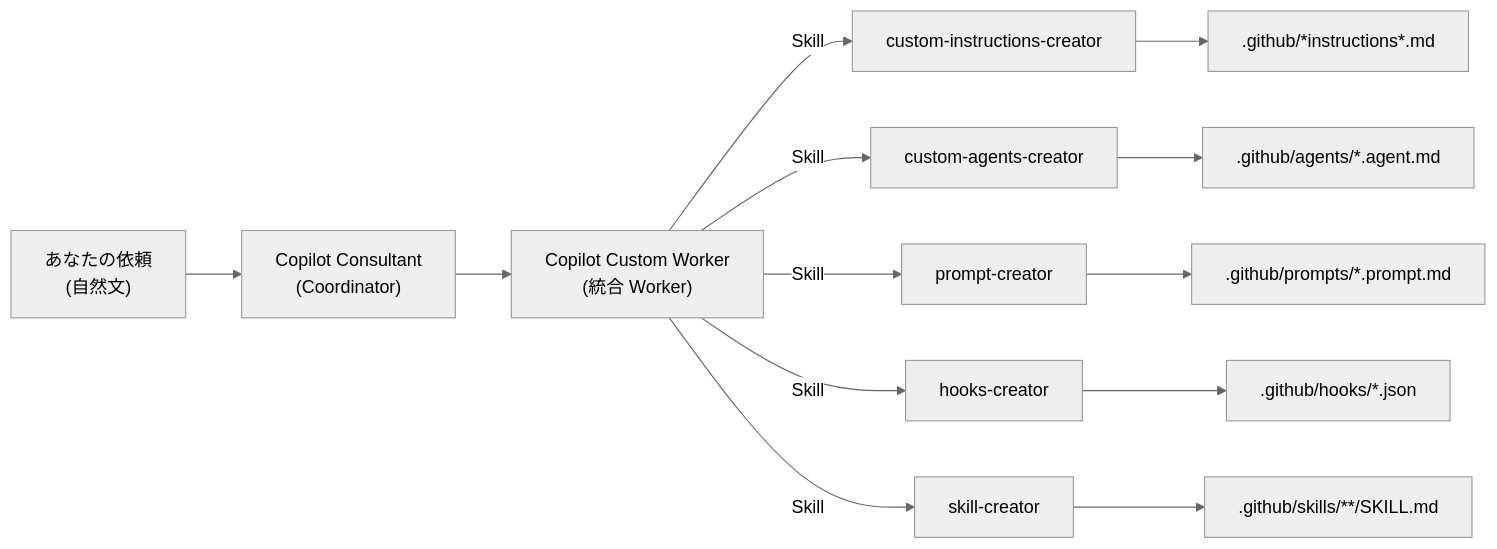
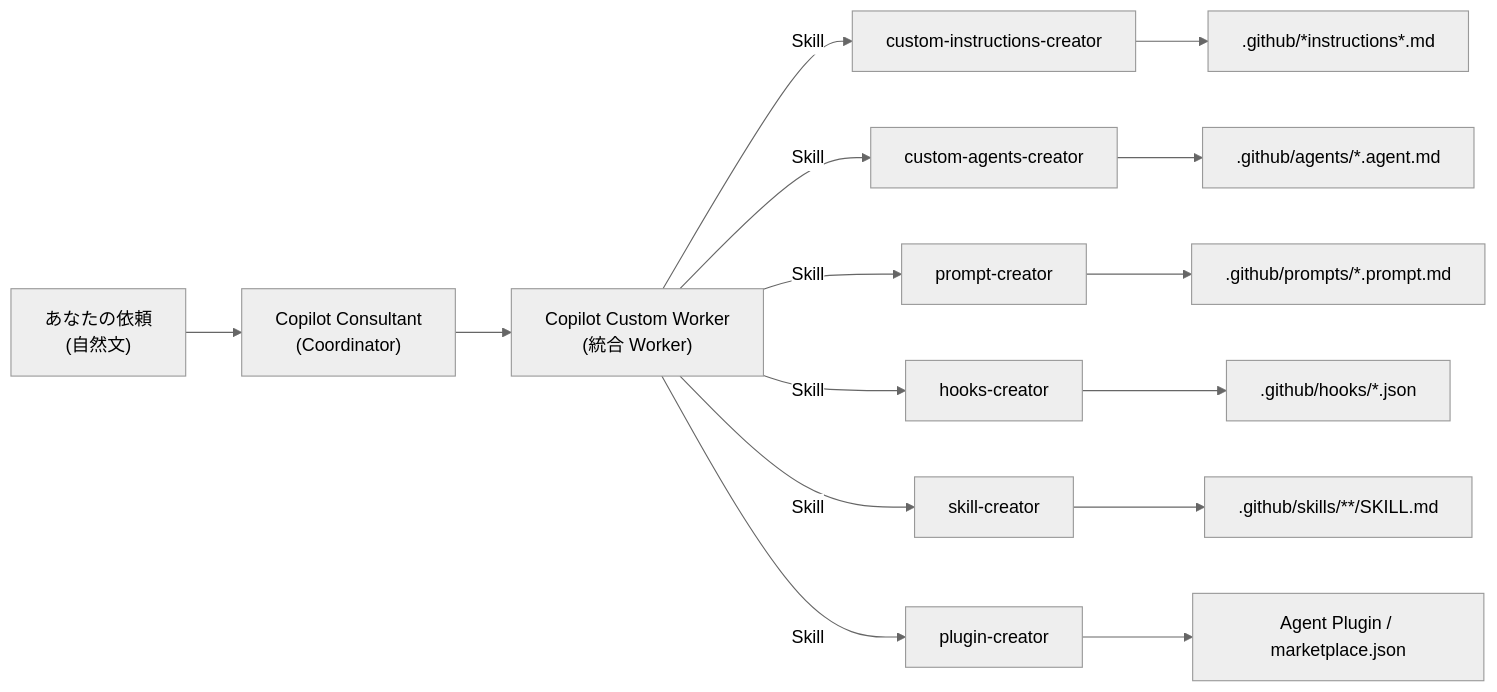
The diagram in README.md (yuma-722/github-copilot-consultant), drawn with Mermaid (neutral theme) before and after one commit. The commit also changed other lines of this file and 28 other files, not shown here.

````diff
--- a/README.md
+++ b/README.md
@@ -9,18 +9,20 @@
 ```mermaid
 flowchart LR
   U["あなたの依頼<br/>(自然文)"] --> C["Copilot Consultant<br/>(Coordinator)"]
 
   C --> W["Copilot Custom Worker<br/>(統合 Worker)"]
 
   W -->|Skill| S1["custom-instructions-creator"]
   W -->|Skill| S2["custom-agents-creator"]
   W -->|Skill| S3["prompt-creator"]
   W -->|Skill| S4["hooks-creator"]
   W -->|Skill| S5["skill-creator"]
+  W -->|Skill| S6["plugin-creator"]
 
   S1 --> O1[".github/*instructions*.md"]
   S2 --> O2[".github/agents/*.agent.md"]
   S3 --> O3[".github/prompts/*.prompt.md"]
   S4 --> O4[".github/hooks/*.json"]
   S5 --> O5[".github/skills/**/SKILL.md"]
+  S6 --> O6["Agent Plugin / marketplace.json"]
 ```
````
